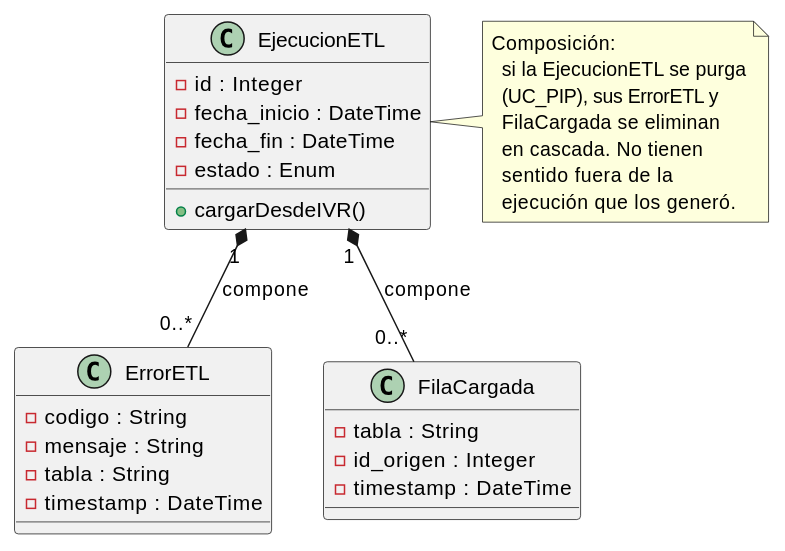
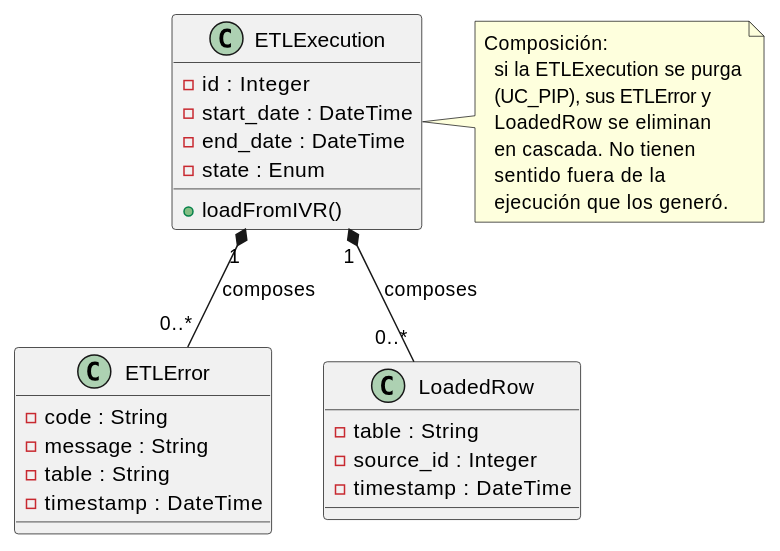
One commit to jcg-admin/IACT-docs changed the diagram in source/requisitos/_metodologia-aplicacion/agregacion-interfaces/ejecucionetl-erroretl-uc-pip.rst. Above: the diagram before and after it, drawn with PlantUML. The commit also changed 16 other files, not shown here.

```diff
--- a/source/requisitos/_metodologia-aplicacion/agregacion-interfaces/ejecucionetl-erroretl-uc-pip.rst
+++ b/source/requisitos/_metodologia-aplicacion/agregacion-interfaces/ejecucionetl-erroretl-uc-pip.rst
@@ -4,39 +4,39 @@
 .. uml::
 
    @startuml
    allowmixing
 
-   class EjecucionETL {
+   class ETLExecution {
      - id : Integer
-     - fecha_inicio : DateTime
-     - fecha_fin : DateTime
-     - estado : Enum
-     + cargarDesdeIVR()
+     - start_date : DateTime
+     - end_date : DateTime
+     - state : Enum
+     + loadFromIVR()
    }
 
-   class ErrorETL {
-     - codigo : String
-     - mensaje : String
-     - tabla : String
+   class ETLError {
+     - code : String
+     - message : String
+     - table : String
      - timestamp : DateTime
    }
 
-   class FilaCargada {
-     - tabla : String
-     - id_origen : Integer
+   class LoadedRow {
+     - table : String
+     - source_id : Integer
      - timestamp : DateTime
    }
 
-   EjecucionETL "1" *-- "0..*" ErrorETL    : compone
-   EjecucionETL "1" *-- "0..*" FilaCargada : compone
+   ETLExecution "1" *-- "0..*" ETLError    : composes
+   ETLExecution "1" *-- "0..*" LoadedRow   : composes
 
-   note right of EjecucionETL
+   note right of ETLExecution
      Composición:
-       si la EjecucionETL se purga
-       (UC_PIP), sus ErrorETL y
-       FilaCargada se eliminan
+       si la ETLExecution se purga
+       (UC_PIP), sus ETLError y
+       LoadedRow se eliminan
        en cascada. No tienen
        sentido fuera de la
        ejecución que los generó.
    end note
    @enduml
```
